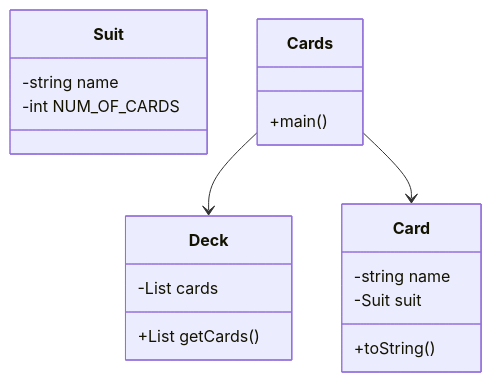
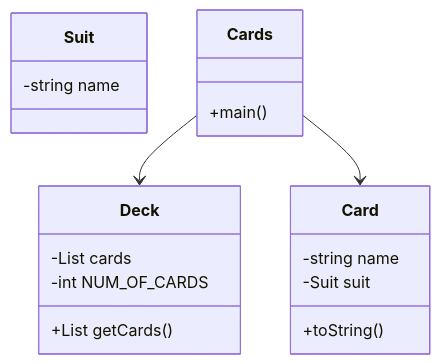
One commit to kaimanbrown/apprentice-boot-camp-fundamentals-1 changed the diagram in exercises/java/src/main/java/cards/design.md. Above: the diagram before and after it, drawn with Mermaid. The commit also changed 3 other files, not shown here.

````diff
--- a/exercises/java/src/main/java/cards/design.md
+++ b/exercises/java/src/main/java/cards/design.md
@@ -2,21 +2,22 @@
 ```mermaid
 classDiagram
     class Suit{
         -string name
-        -int NUM_OF_CARDS
     }
     class Card{
         -string name
         -Suit suit
         +toString()
     }
     class Deck {
         -List<Card> cards
+        -int NUM_OF_CARDS
+        
         +List<Card> getCards()
     }
     class Cards {
         +main()
     }
     Cards --> Deck
     Cards --> Card
 ```
````
